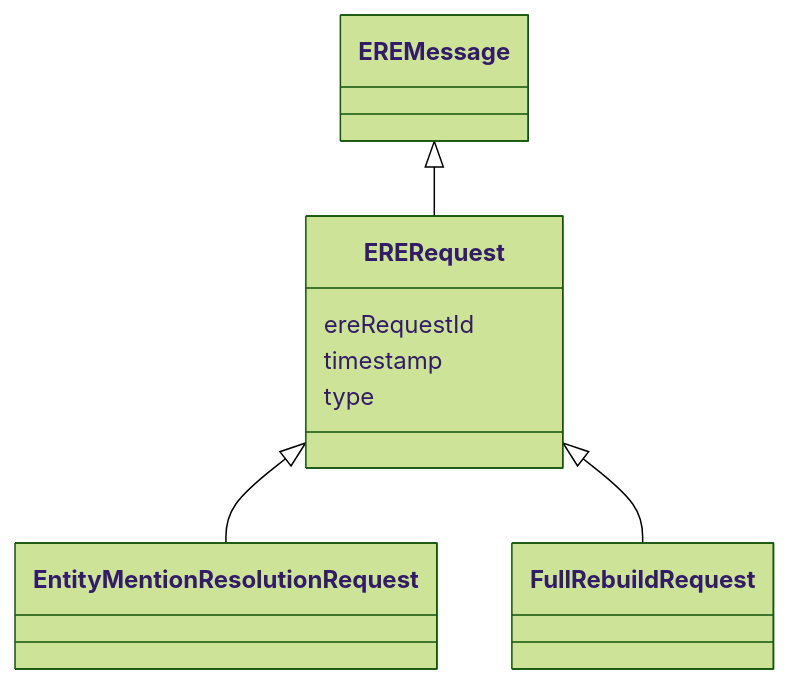
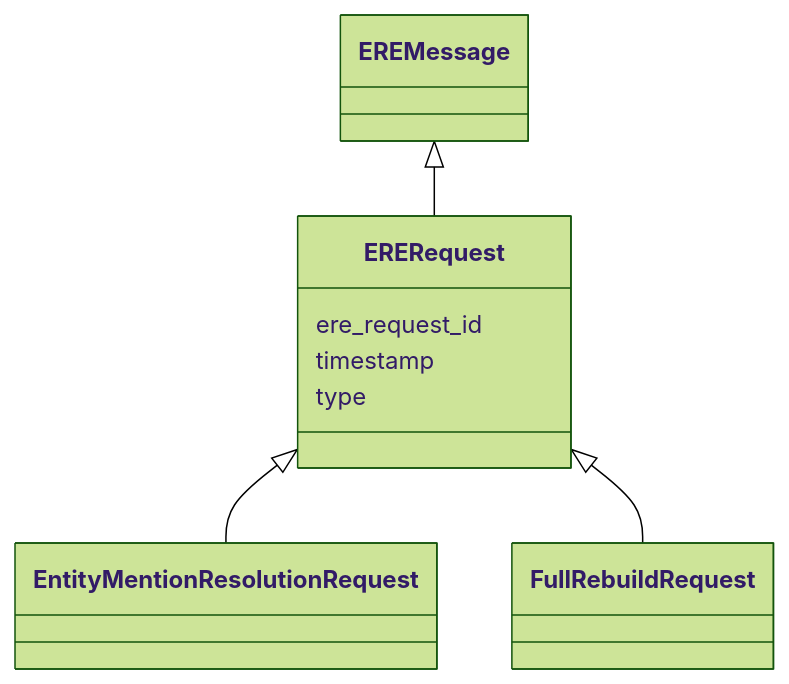
The diagram in docs/schema/ERERequest.md (OP-TED/entity-resolution-spec), drawn with Mermaid (forest theme) before and after one commit. The commit also changed other lines of this file and 88 other files, not shown here.

````diff
--- a/docs/schema/ERERequest.md
+++ b/docs/schema/ERERequest.md
@@ -22,22 +22,22 @@
 ```mermaid
  classDiagram
     class ERERequest
     click ERERequest href "../ERERequest/"
       EREMessage <|-- ERERequest
         click EREMessage href "../EREMessage/"
       
 
       ERERequest <|-- EntityMentionResolutionRequest
         click EntityMentionResolutionRequest href "../EntityMentionResolutionRequest/"
       ERERequest <|-- FullRebuildRequest
         click FullRebuildRequest href "../FullRebuildRequest/"
       
 
-      ERERequest : ereRequestId
+      ERERequest : ere_request_id
         
       ERERequest : timestamp
         
       ERERequest : type
         
       
 ```
````
